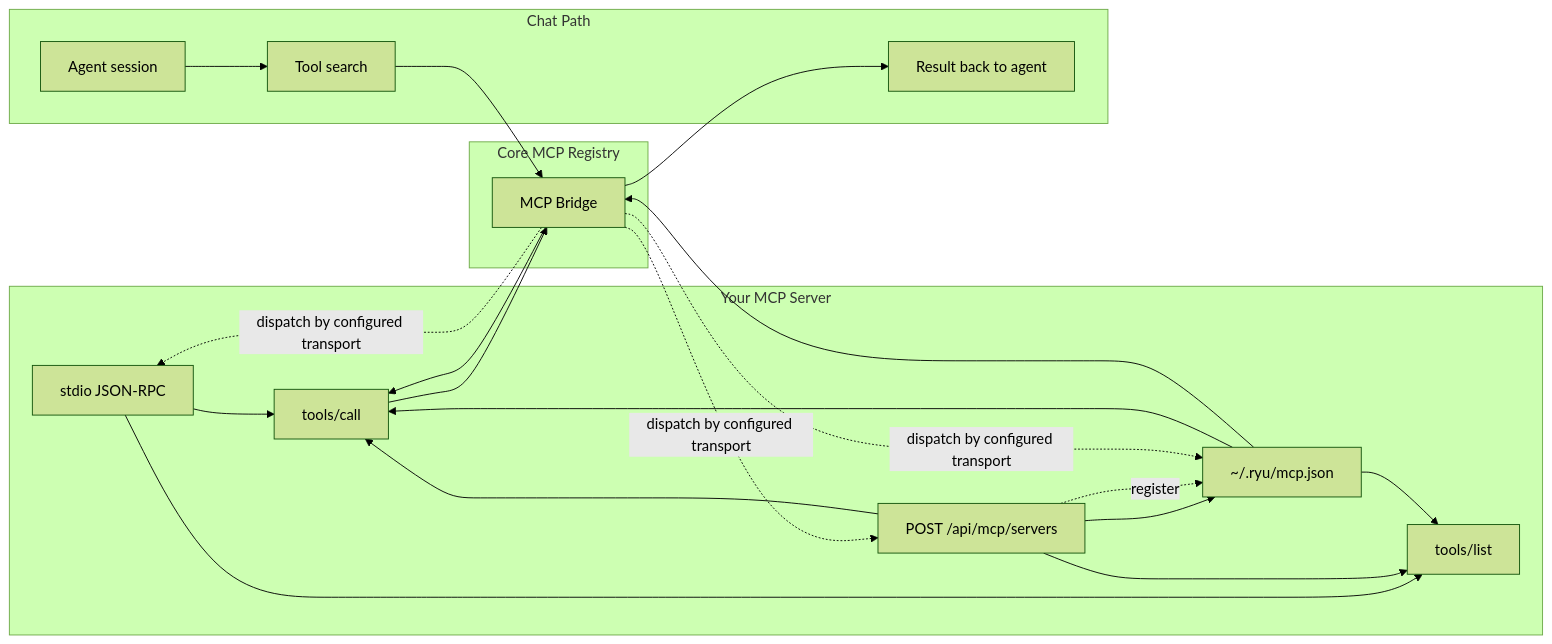
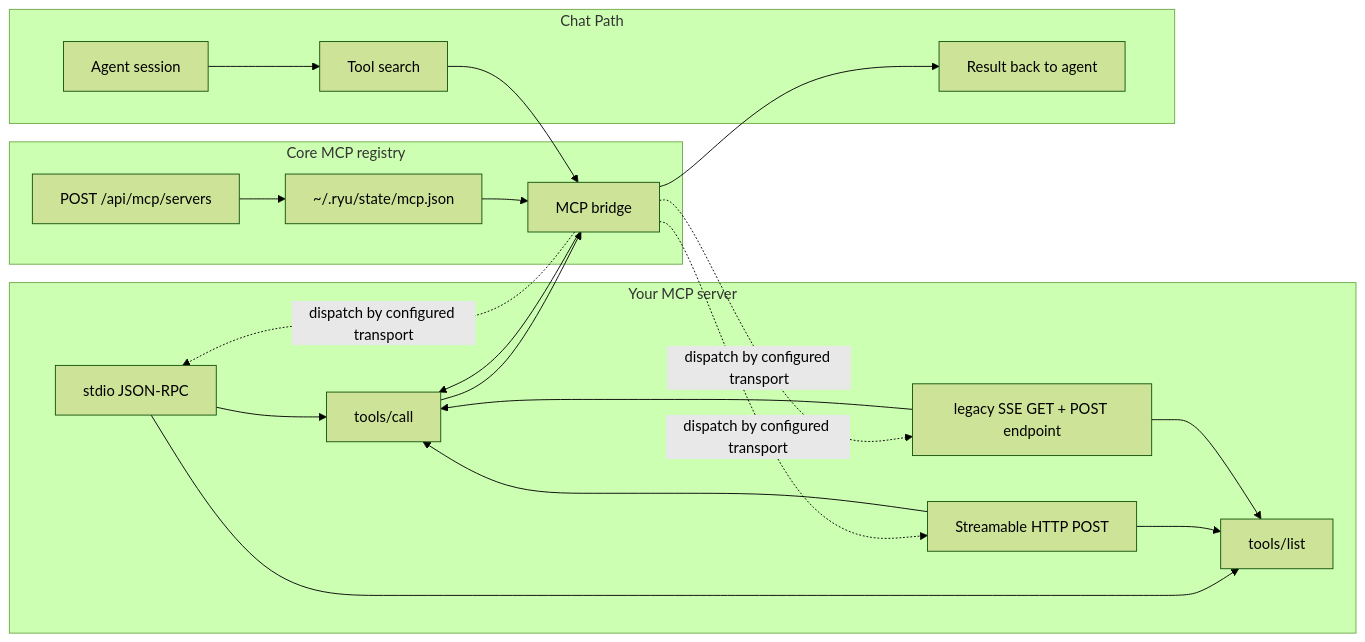
Before and after one commit to amajorai/ryu-docs: the diagram in content/docs/extend/develop/extensions/mcp-server.mdx, drawn with Mermaid (forest theme). The commit also changed other lines of this file and 2538 other files, not shown here.

````diff
--- a/content/docs/extend/develop/extensions/mcp-server.mdx
+++ b/content/docs/extend/develop/extensions/mcp-server.mdx
@@ -31,29 +32,28 @@
 ```mermaid
 flowchart LR
-  subgraph "Your MCP Server"
+  subgraph "Your MCP server"
     A[stdio JSON-RPC] --> B[tools/list]
     A --> C[tools/call]
-    D[Streamable HTTP POST] --> B
-    D --> C
-    E[legacy SSE GET + POST endpoint] --> B
-    E --> C
+    J[Streamable HTTP POST] --> B
+    J --> C
+    K[legacy SSE GET + POST endpoint] --> B
+    K --> C
   end
 
-  subgraph "Core MCP Registry"
-    D[POST /api/mcp/servers] --> E[~/.ryu/mcp.json]
-    E --> F[MCP Bridge]
+  subgraph "Core MCP registry"
+    D[POST /api/mcp/servers] --> E[~/.ryu/state/mcp.json]
+    E --> F[MCP bridge]
   end
 
   subgraph "Chat Path"
     G[Agent session] --> H[Tool search]
     H --> F
     F --> C
     C --> F
     F --> I[Result back to agent]
   end
 
-  D -.->|register| E
   F -.->|dispatch by configured transport| A
-  F -.->|dispatch by configured transport| D
-  F -.->|dispatch by configured transport| E
+  F -.->|dispatch by configured transport| J
+  F -.->|dispatch by configured transport| K
 ```
````
